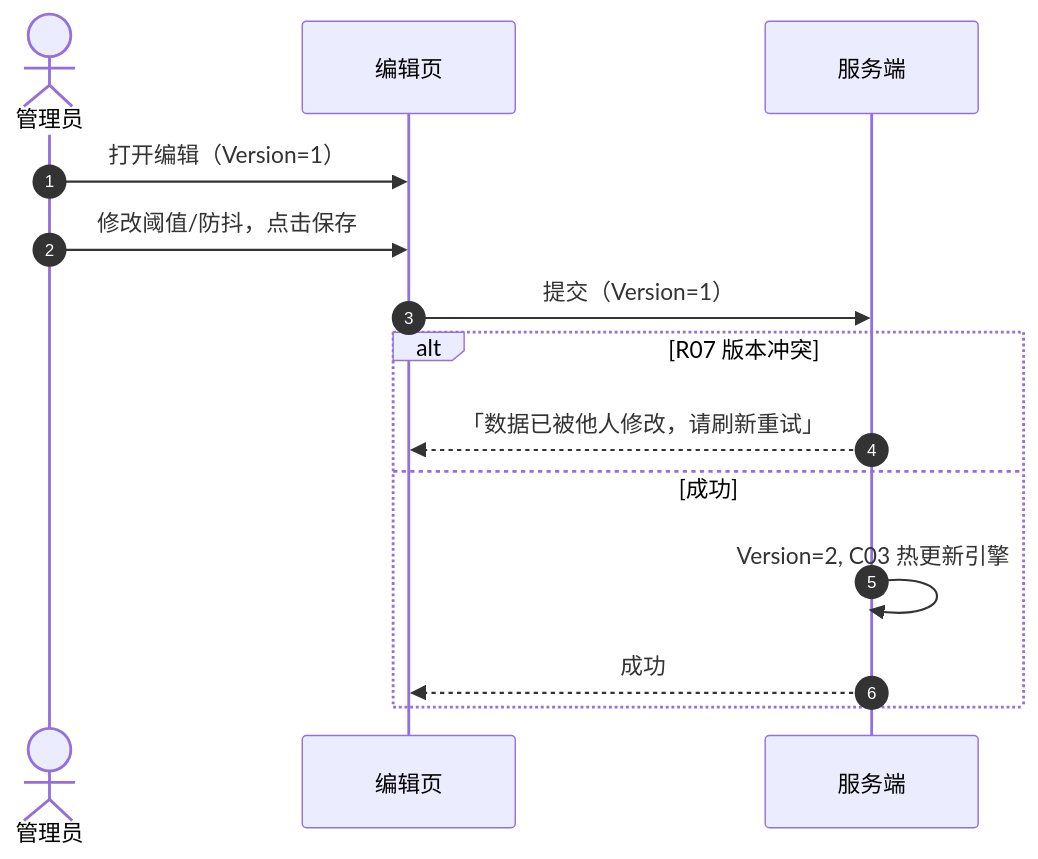
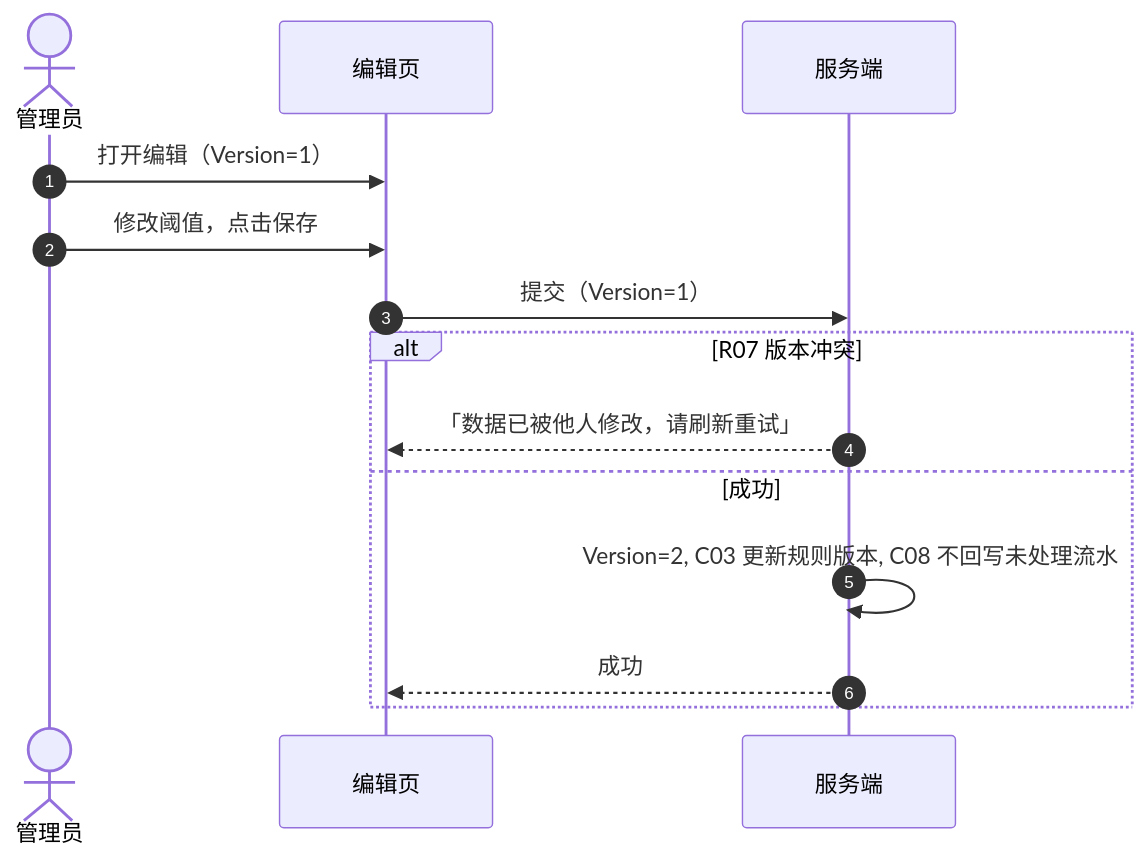
The third of 4 diagrams in 02-PRD文档/B-迭代需求/6.2版本（2026.08）/03-预警配置/02设备预警配置/设备预警配置业务规则规格.md (RobertHuang999/SYZC), drawn with Mermaid before and after one commit. The commit also changed other lines of this file and 121 other files, not shown here.

````diff
--- a/02-PRD文档/B-迭代需求/6.2版本（2026.08）/03-预警配置/02设备预警配置/设备预警配置业务规则规格.md
+++ b/02-PRD文档/B-迭代需求/6.2版本（2026.08）/03-预警配置/02设备预警配置/设备预警配置业务规则规格.md
@@ -347,17 +327,17 @@
 ```mermaid
 sequenceDiagram
     autonumber
     actor Admin as 管理员
     participant FE as 编辑页
     participant API as 服务端
 
     Admin->>FE: 打开编辑（Version=1）
-    Admin->>FE: 修改阈值/防抖，点击保存
+    Admin->>FE: 修改阈值，点击保存
     FE->>API: 提交（Version=1）
     alt R07 版本冲突
         API-->>FE: 「数据已被他人修改，请刷新重试」
     else 成功
-        API->>API: Version=2, C03 热更新引擎
+        API->>API: Version=2, C03 更新规则版本, C08 不回写未处理流水
         API-->>FE: 成功
     end
 ```
````
